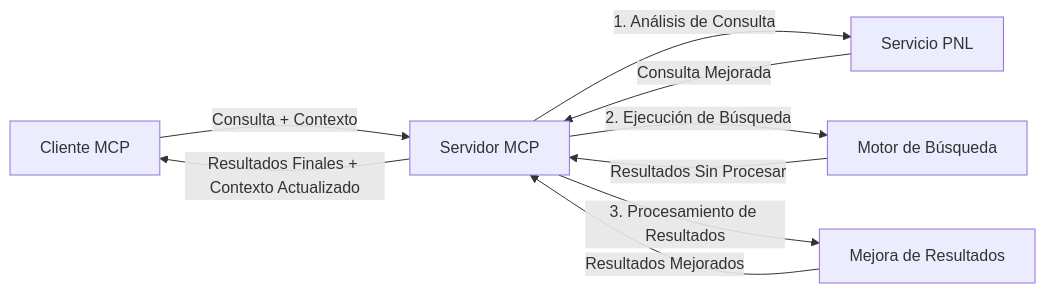
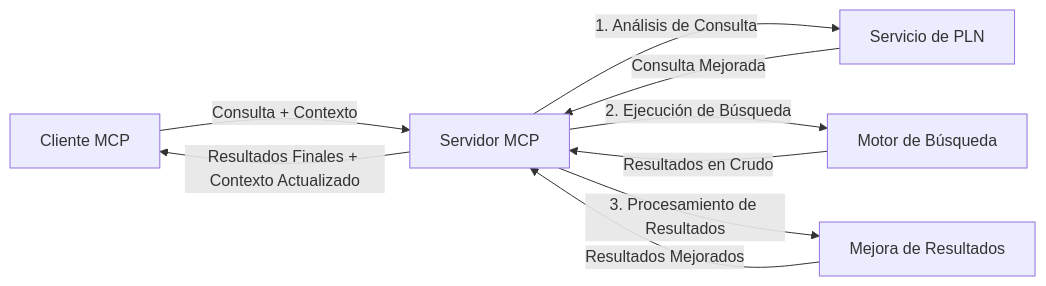
Before and after one commit to microsoft/mcp-for-beginners: the fourth of 4 diagrams in translations/es/05-AdvancedTopics/mcp-realtimesearch/README.md, drawn with Mermaid. The commit also changed other lines of this file and 146 other files, not shown here.

````diff
--- a/translations/es/05-AdvancedTopics/mcp-realtimesearch/README.md
+++ b/translations/es/05-AdvancedTopics/mcp-realtimesearch/README.md
@@ -626,11 +628,11 @@
 ```mermaid
 graph LR
     Client[Cliente MCP] --> |Consulta + Contexto| Server[Servidor MCP]
-    Server --> |1. Análisis de Consulta| NLP[Servicio PNL]
+    Server --> |1. Análisis de Consulta| NLP[Servicio de PLN]
     NLP --> |Consulta Mejorada| Server
     Server --> |2. Ejecución de Búsqueda| Search[Motor de Búsqueda]
-    Search --> |Resultados Sin Procesar| Server
+    Search --> |Resultados en Crudo| Server
     Server --> |3. Procesamiento de Resultados| Enhancement[Mejora de Resultados]
     Enhancement --> |Resultados Mejorados| Server
     Server --> |Resultados Finales + Contexto Actualizado| Client
 ```
````
